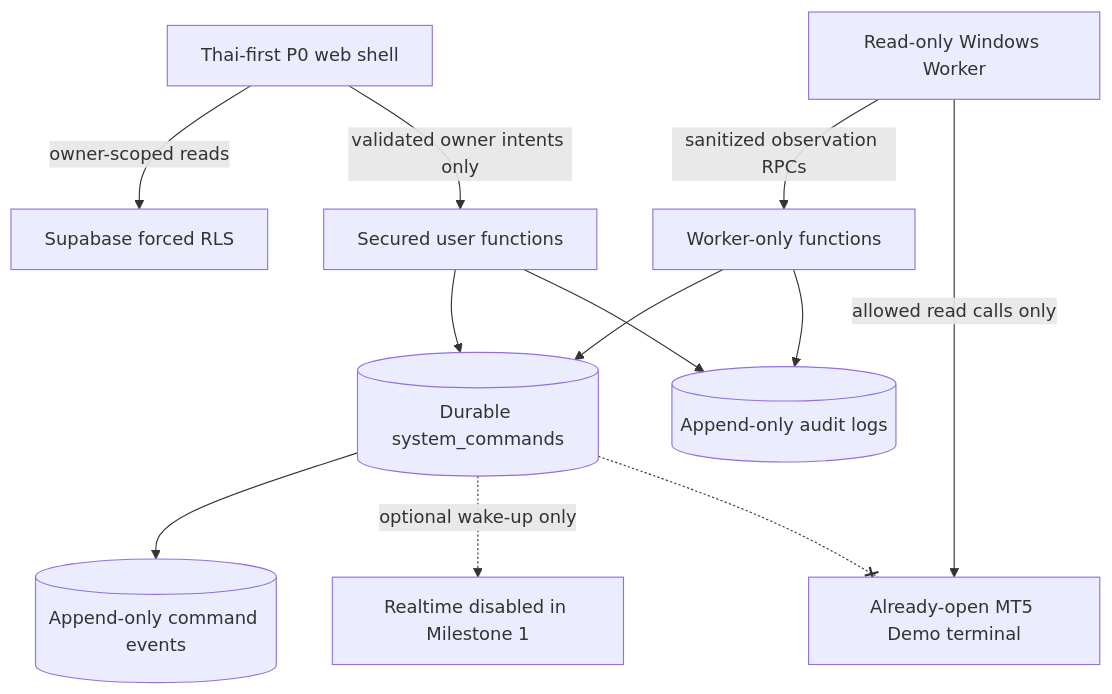
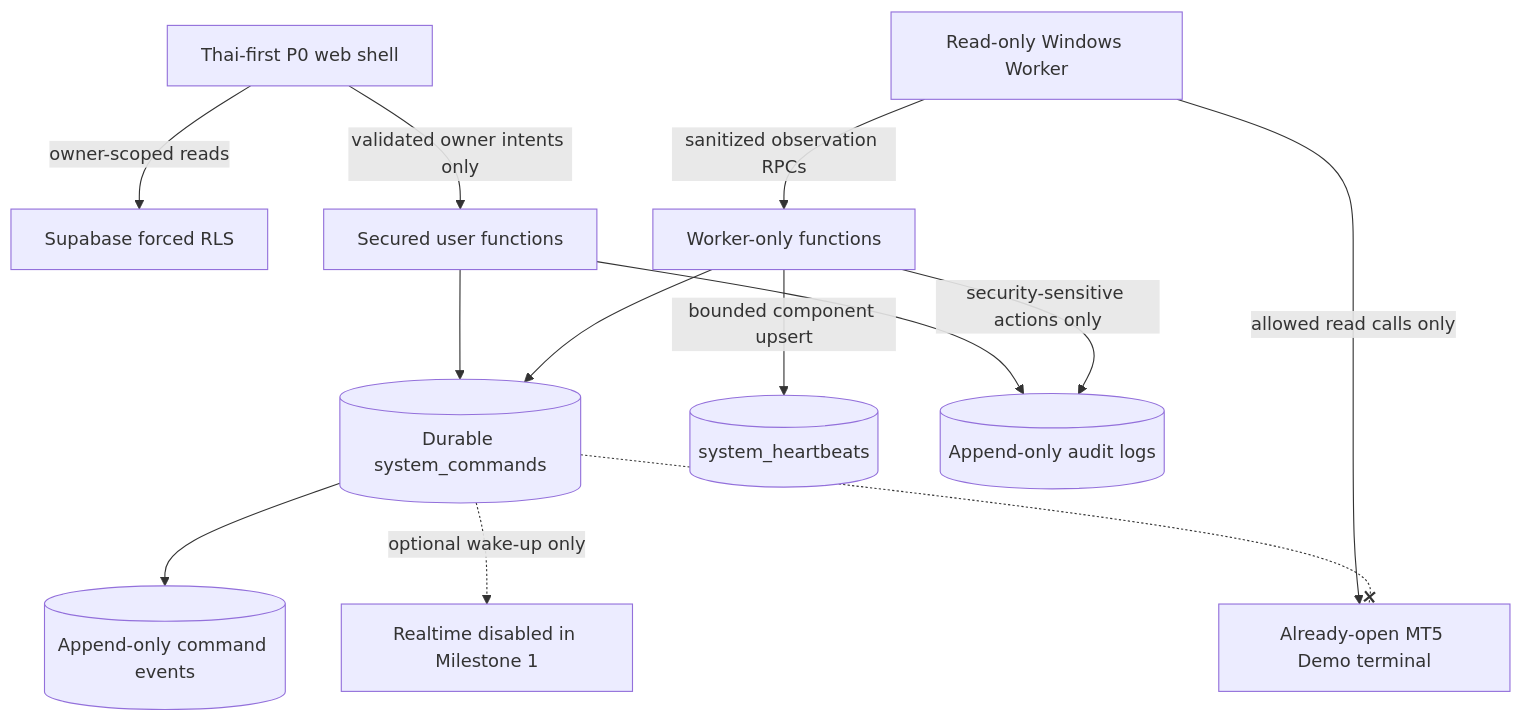
The diagram in docs/ARCHITECTURE.md (Burist106/AITrading), drawn with Mermaid before and after one commit. The commit also changed other lines of this file and 20 other files, not shown here.

````diff
--- a/docs/ARCHITECTURE.md
+++ b/docs/ARCHITECTURE.md
@@ -40,14 +40,15 @@
 ```mermaid
 flowchart TB
     UI[Thai-first P0 web shell] -->|owner-scoped reads| RLS[Supabase forced RLS]
     UI -->|validated owner intents only| UserRPC[Secured user functions]
     UserRPC --> Commands[(Durable system_commands)]
     Commands --> CommandEvents[(Append-only command events)]
     ReadWorker[Read-only Windows Worker] -->|sanitized observation RPCs| WorkerRPC[Worker-only functions]
+    WorkerRPC -->|bounded component upsert| Heartbeats[(system_heartbeats)]
     ReadWorker -->|allowed read calls only| DemoMT5[Already-open MT5 Demo terminal]
     WorkerRPC --> Commands
     UserRPC --> Audit[(Append-only audit logs)]
-    WorkerRPC --> Audit
+    WorkerRPC -->|security-sensitive actions only| Audit
     Commands -. optional wake-up only .-> RT[Realtime disabled in Milestone 1]
     Commands -.-x DemoMT5
 ```
````
